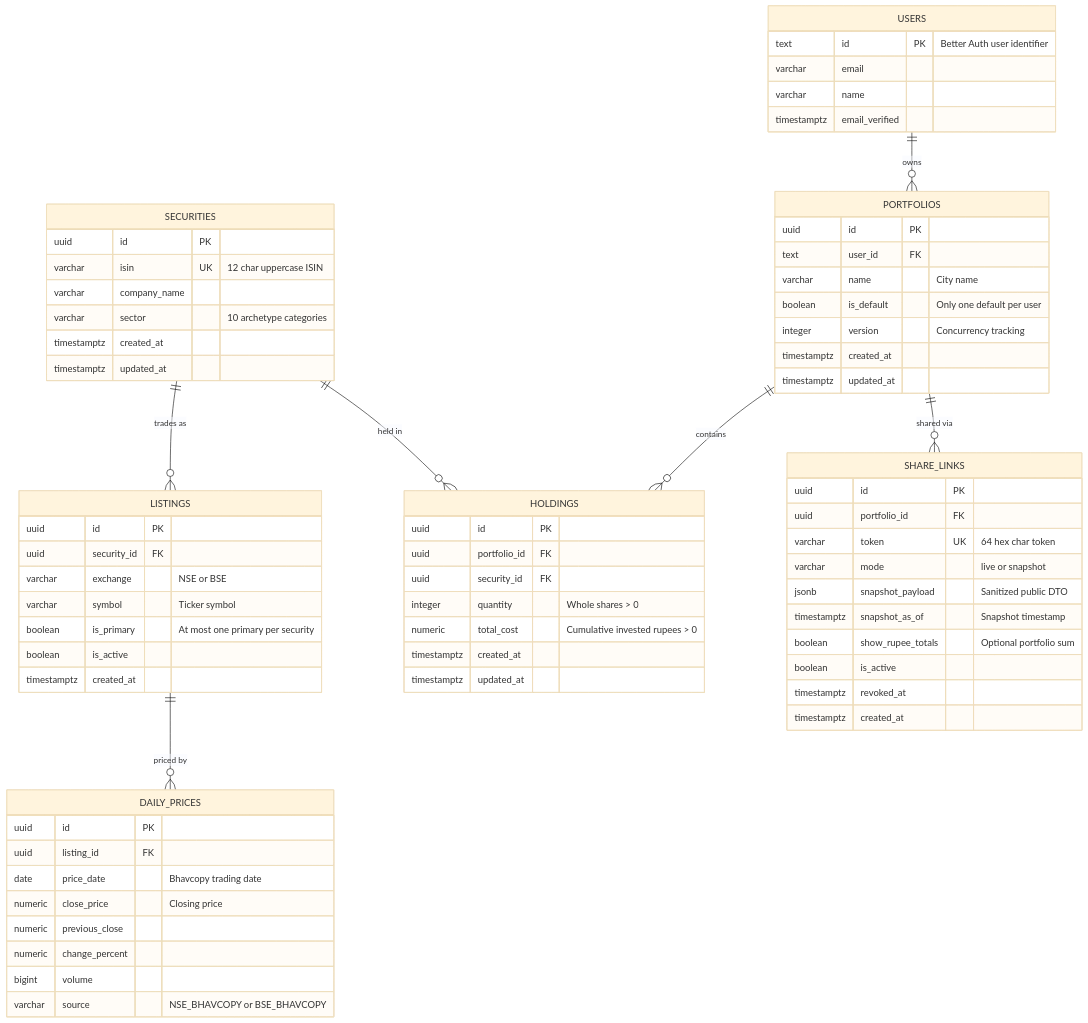
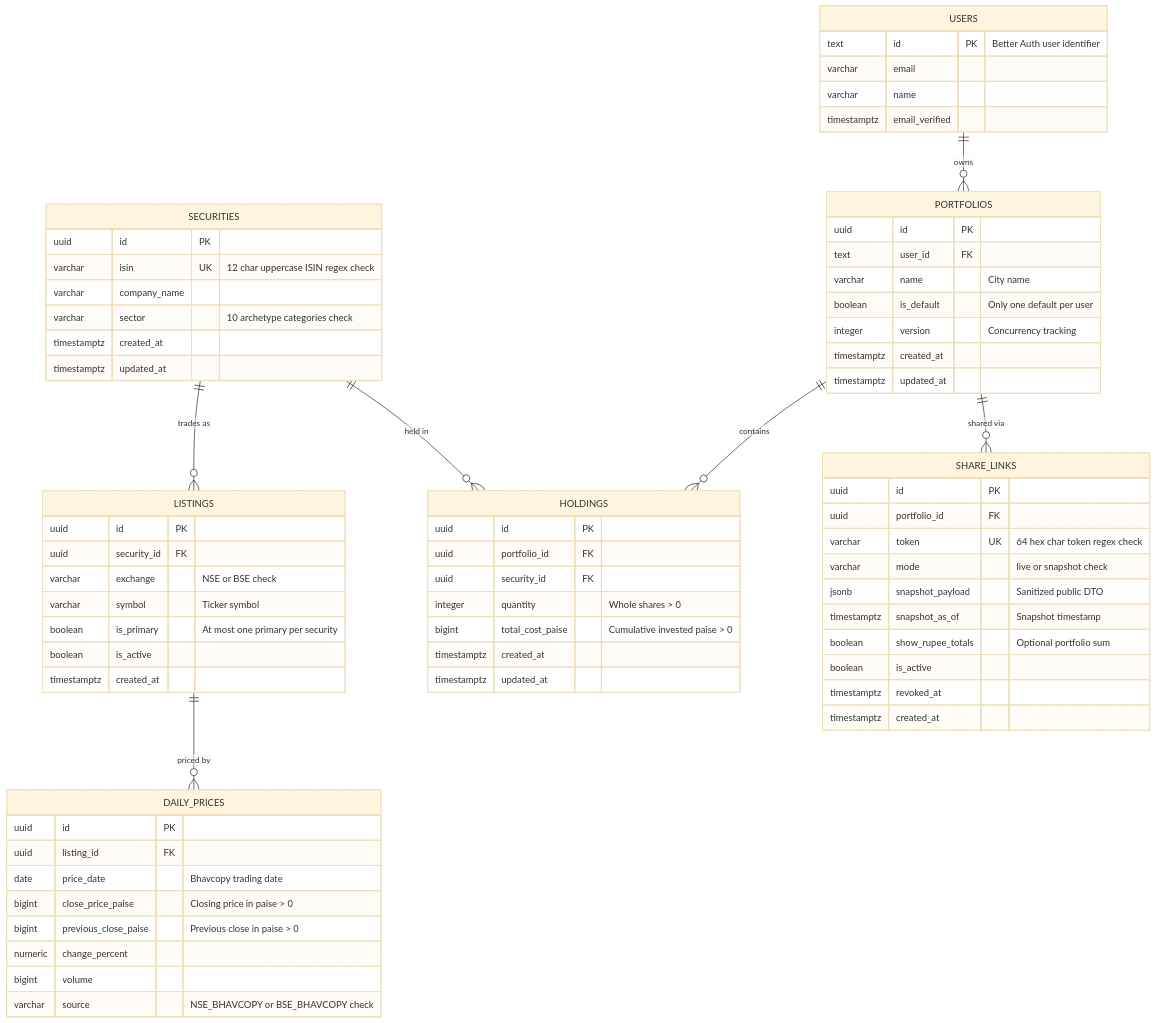
Before and after one commit to shubhamxdd/sto-viz: the first of 4 diagrams in foliocity-data-model-diagrams.md, drawn with Mermaid (base theme). The commit also changed other lines of this file and 1 other file, not shown here.

Commit message:
docs(spec): implement native integer paise storage, primary listing transaction rule, and single-stock privacy gate

````diff
--- a/foliocity-data-model-diagrams.md
+++ b/foliocity-data-model-diagrams.md
@@ -7,79 +7,79 @@
 ```mermaid
 erDiagram
     SECURITIES ||--o{ LISTINGS : "trades as"
     SECURITIES ||--o{ HOLDINGS : "held in"
     LISTINGS ||--o{ DAILY_PRICES : "priced by"
     USERS ||--o{ PORTFOLIOS : "owns"
     PORTFOLIOS ||--o{ HOLDINGS : "contains"
     PORTFOLIOS ||--o{ SHARE_LINKS : "shared via"
 
     SECURITIES {
         uuid id PK
-        varchar isin UK "12 char uppercase ISIN"
+        varchar isin UK "12 char uppercase ISIN regex check"
         varchar company_name
-        varchar sector "10 archetype categories"
+        varchar sector "10 archetype categories check"
         timestamptz created_at
         timestamptz updated_at
     }
 
     LISTINGS {
         uuid id PK
         uuid security_id FK
-        varchar exchange "NSE or BSE"
+        varchar exchange "NSE or BSE check"
         varchar symbol "Ticker symbol"
         boolean is_primary "At most one primary per security"
         boolean is_active
         timestamptz created_at
     }
 
     DAILY_PRICES {
         uuid id PK
         uuid listing_id FK
         date price_date "Bhavcopy trading date"
-        numeric close_price "Closing price"
-        numeric previous_close
+        bigint close_price_paise "Closing price in paise > 0"
+        bigint previous_close_paise "Previous close in paise > 0"
         numeric change_percent
         bigint volume
-        varchar source "NSE_BHAVCOPY or BSE_BHAVCOPY"
+        varchar source "NSE_BHAVCOPY or BSE_BHAVCOPY check"
     }
 
     USERS {
         text id PK "Better Auth user identifier"
         varchar email
         varchar name
         timestamptz email_verified
     }
 
     PORTFOLIOS {
         uuid id PK
         text user_id FK
         varchar name "City name"
         boolean is_default "Only one default per user"
         integer version "Concurrency tracking"
         timestamptz created_at
         timestamptz updated_at
     }
 
     HOLDINGS {
         uuid id PK
         uuid portfolio_id FK
         uuid security_id FK
         integer quantity "Whole shares > 0"
-        numeric total_cost "Cumulative invested rupees > 0"
+        bigint total_cost_paise "Cumulative invested paise > 0"
         timestamptz created_at
         timestamptz updated_at
     }
 
     SHARE_LINKS {
         uuid id PK
         uuid portfolio_id FK
-        varchar token UK "64 hex char token"
-        varchar mode "live or snapshot"
+        varchar token UK "64 hex char token regex check"
+        varchar mode "live or snapshot check"
         jsonb snapshot_payload "Sanitized public DTO"
         timestamptz snapshot_as_of "Snapshot timestamp"
         boolean show_rupee_totals "Optional portfolio sum"
         boolean is_active
         timestamptz revoked_at
         timestamptz created_at
     }
 ```
````
